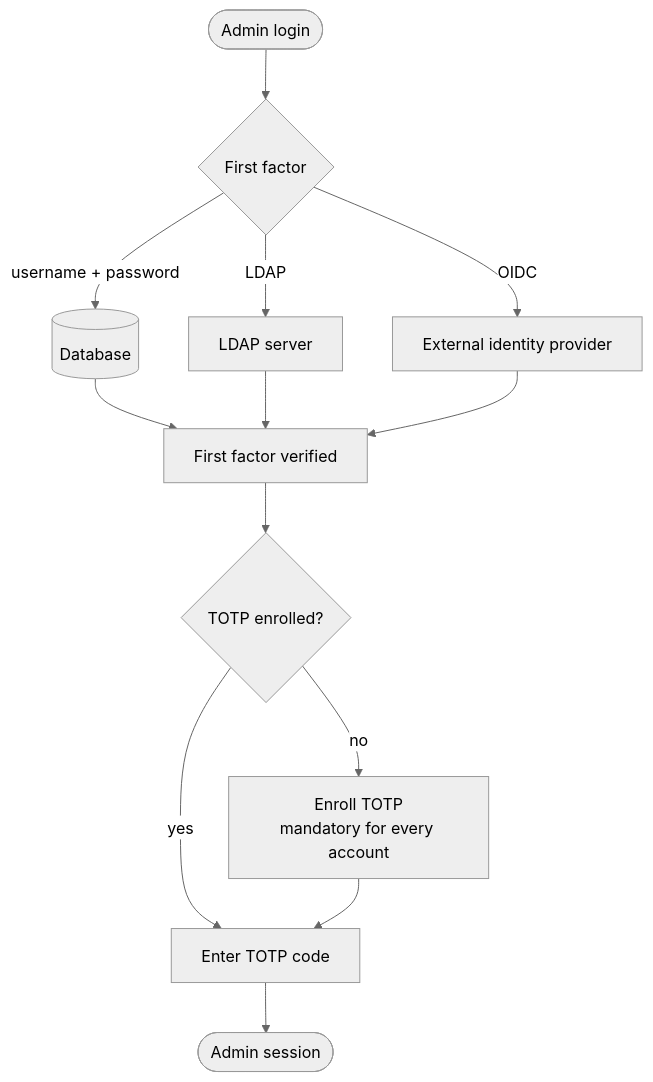
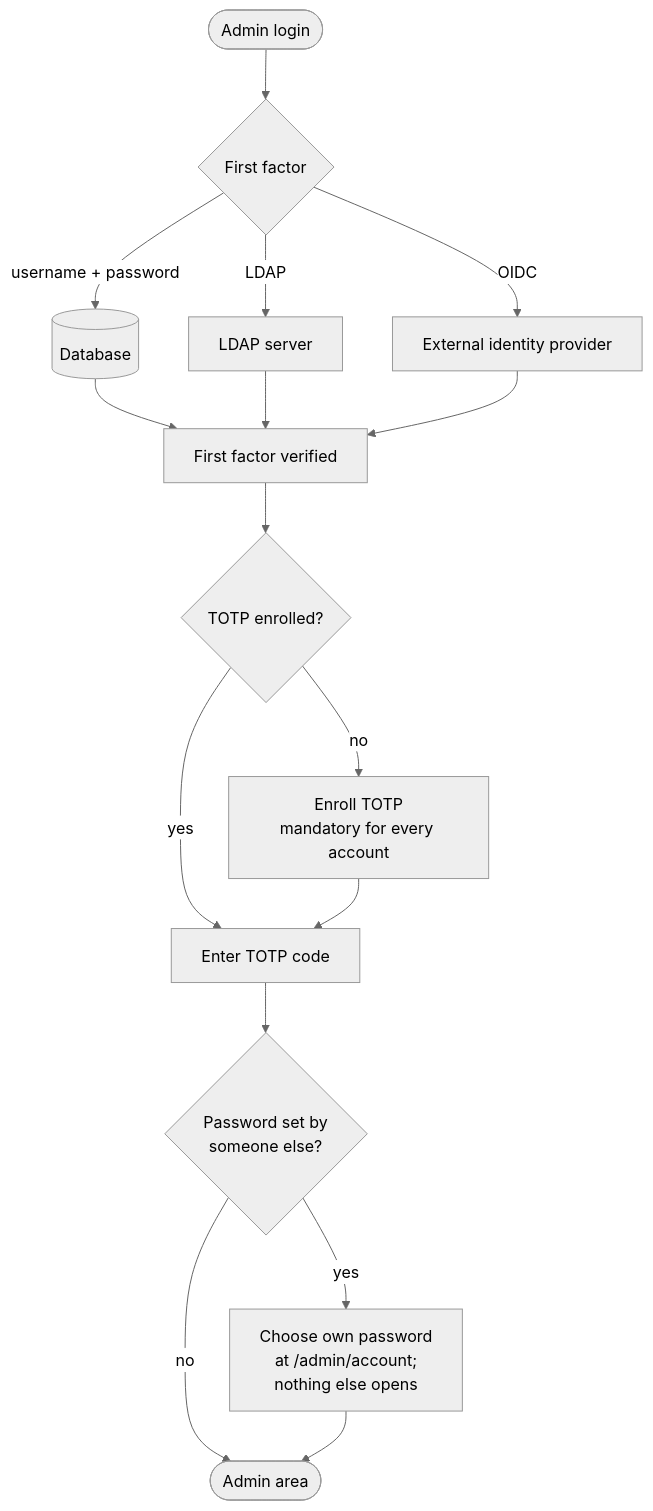
Before and after one commit to openwhistle/website: the diagram in docs/_diagrams/admin-login.mmd, drawn with Mermaid (neutral theme). The commit also changed 6 other files, not shown here.

First line of the commit message:
feat(auth): own account page and forced password change

```diff
--- a/docs/_diagrams/admin-login.mmd
+++ b/docs/_diagrams/admin-login.mmd
@@ -1,15 +1,18 @@
 flowchart TD
     start(["Admin login"]) --> pick{"First factor"}
     pick -- "username + password" --> db[("Database")]
     pick -- "LDAP" --> ldap["LDAP server"]
     pick -- "OIDC" --> idp["External identity provider"]
 
     db --> verified["First factor verified"]
     ldap --> verified
     idp --> verified
 
     verified --> totpSet{"TOTP enrolled?"}
     totpSet -- no --> setup["Enroll TOTP<br/>mandatory for every account"]
     totpSet -- yes --> totp["Enter TOTP code"]
     setup --> totp
-    totp --> session(["Admin session"])
+    totp --> forced{"Password set by<br/>someone else?"}
+    forced -- no --> session(["Admin area"])
+    forced -- yes --> change["Choose own password<br/>at /admin/account;<br/>nothing else opens"]
+    change --> session
```
